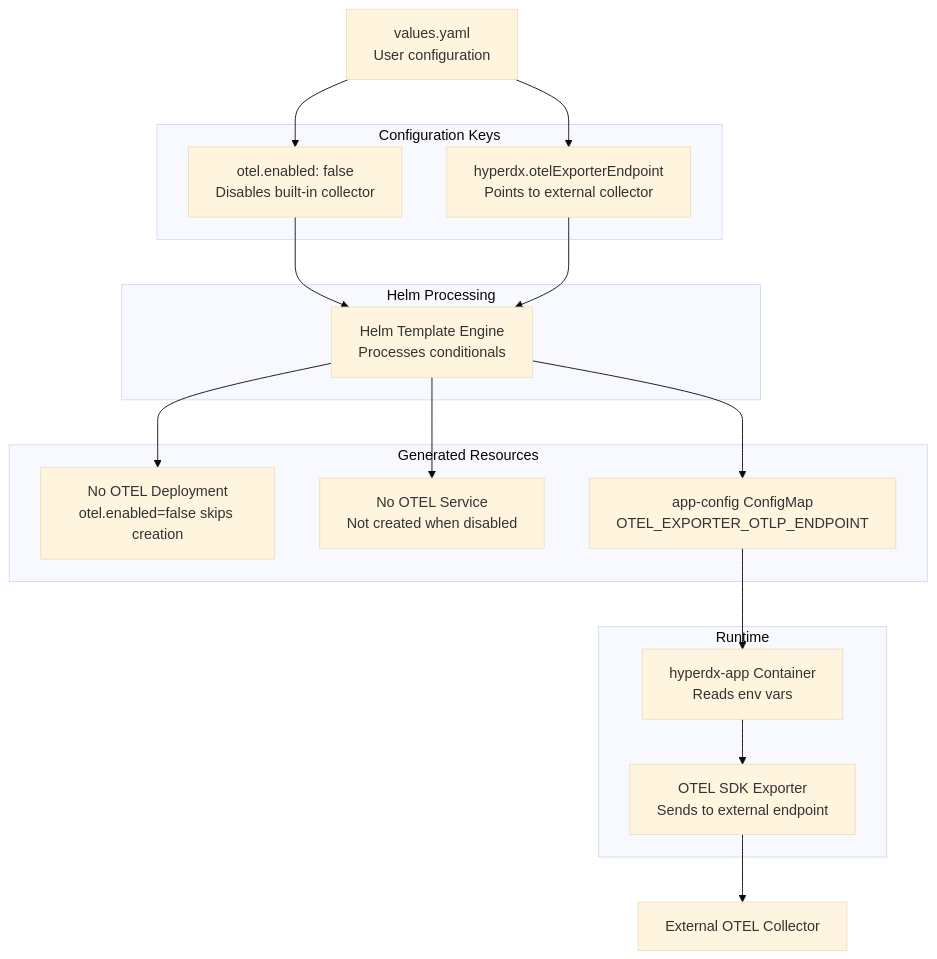
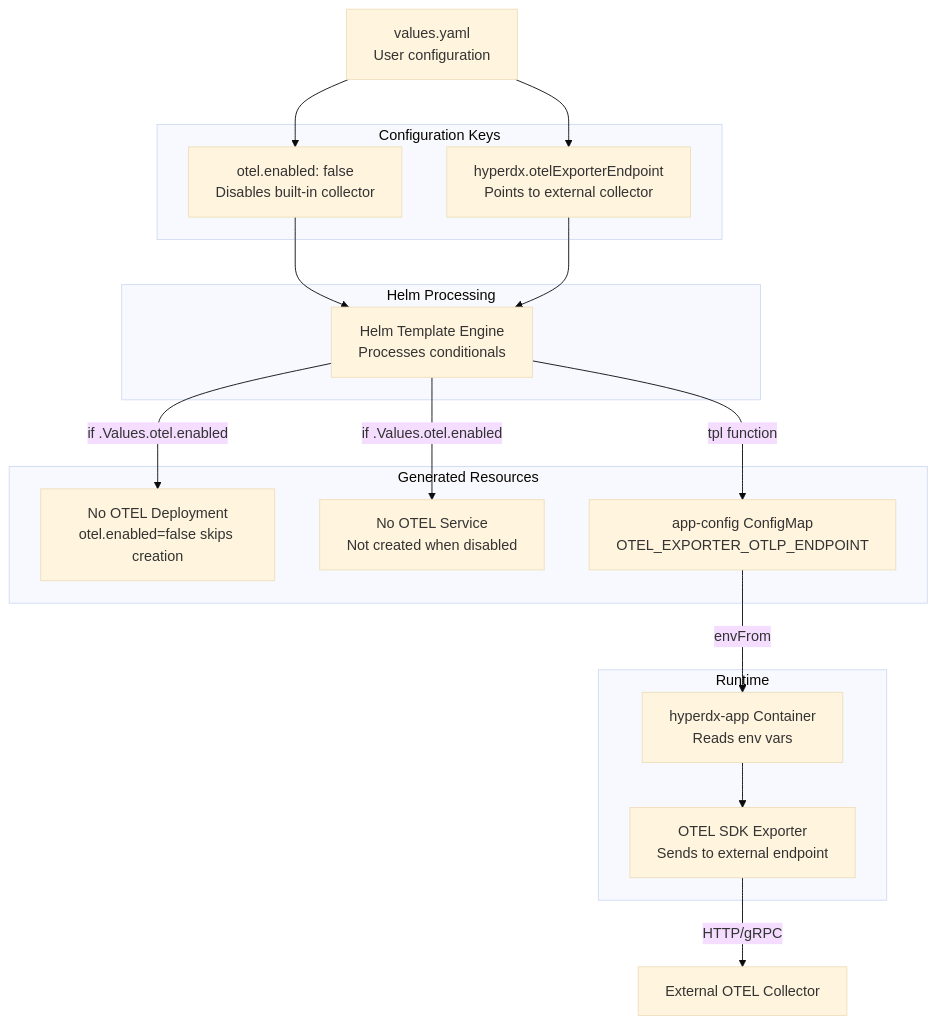
One commit to openchoreo/openchoreo changed the second of 3 diagrams in docs/hyperdxio-helm-charts-docs/External-OTEL-Collector.md. Above: the diagram before and after it, drawn with Mermaid (base theme). The commit also changed other lines of this file and 85 other files, not shown here.

Commit message:
feat: Add new workflow and specification templates, update Helm chart dependencies, and clarify documentation diagrams.

````diff
--- a/docs/hyperdxio-helm-charts-docs/External-OTEL-Collector.md
+++ b/docs/hyperdxio-helm-charts-docs/External-OTEL-Collector.md
@@ -78,45 +78,45 @@
 ```mermaid
 flowchart TD
 
 ValuesYAML["values.yaml<br>User configuration"]
 OtelEnabled["otel.enabled: false<br>Disables built-in collector"]
 OtelEndpoint["hyperdx.otelExporterEndpoint<br>Points to external collector"]
 HelmTemplate["Helm Template Engine<br>Processes conditionals"]
 NoOtelDeploy["No OTEL Deployment<br>otel.enabled=false skips creation"]
 NoOtelService["No OTEL Service<br>Not created when disabled"]
 AppConfigMap["app-config ConfigMap<br>OTEL_EXPORTER_OTLP_ENDPOINT"]
 AppContainer["hyperdx-app Container<br>Reads env vars"]
 OTELExporter["OTEL SDK Exporter<br>Sends to external endpoint"]
 ExtOTEL["External OTEL Collector"]
 
 ValuesYAML --> OtelEnabled
 ValuesYAML --> OtelEndpoint
 OtelEnabled --> HelmTemplate
 OtelEndpoint --> HelmTemplate
-HelmTemplate --> NoOtelDeploy
-HelmTemplate --> NoOtelService
-HelmTemplate --> AppConfigMap
-AppConfigMap --> AppContainer
-OTELExporter --> ExtOTEL
+HelmTemplate -->|"if .Values.otel.enabled"| NoOtelDeploy
+HelmTemplate -->|"if .Values.otel.enabled"| NoOtelService
+HelmTemplate -->|"tpl function"| AppConfigMap
+AppConfigMap -->|"envFrom"| AppContainer
+OTELExporter -->|"HTTP/gRPC"| ExtOTEL
 
 subgraph Runtime ["Runtime"]
     AppContainer
     OTELExporter
     AppContainer --> OTELExporter
 end
 
 subgraph subGraph2 ["Generated Resources"]
     NoOtelDeploy
     NoOtelService
     AppConfigMap
 end
 
 subgraph subGraph1 ["Helm Processing"]
     HelmTemplate
 end
 
 subgraph subGraph0 ["Configuration Keys"]
     OtelEnabled
     OtelEndpoint
 end
 ```
````
